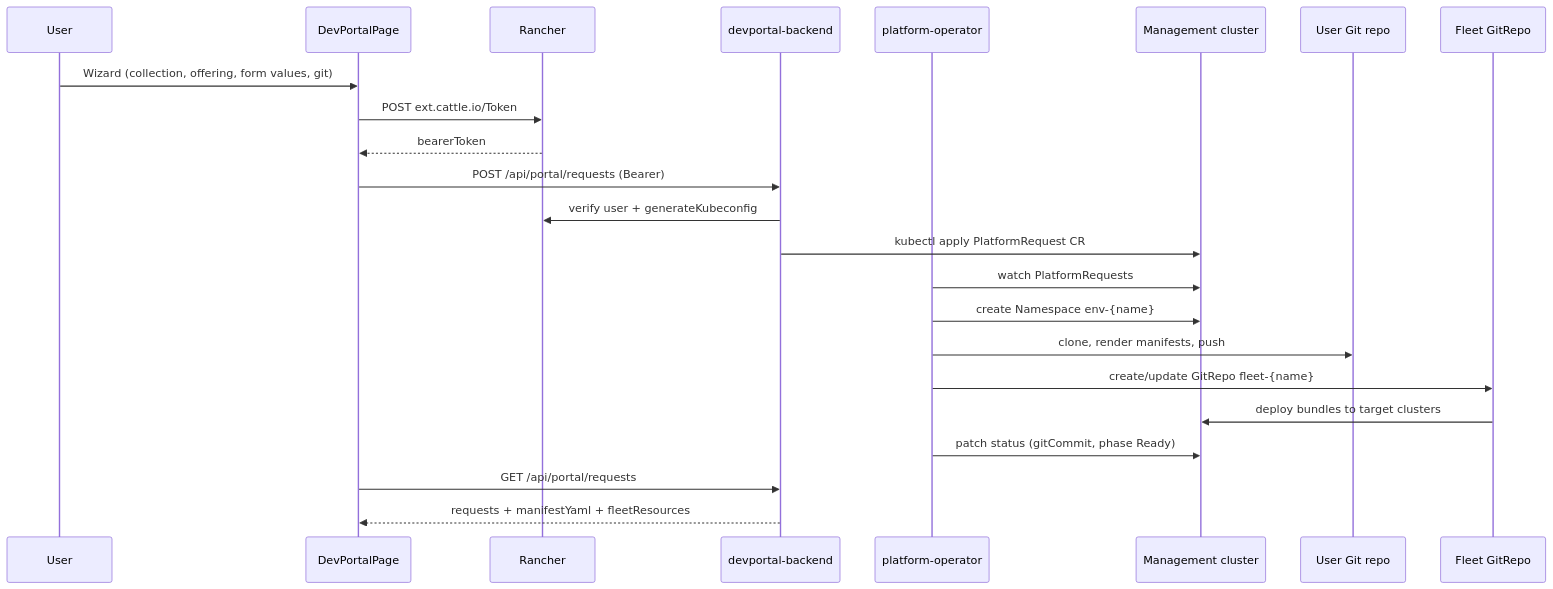
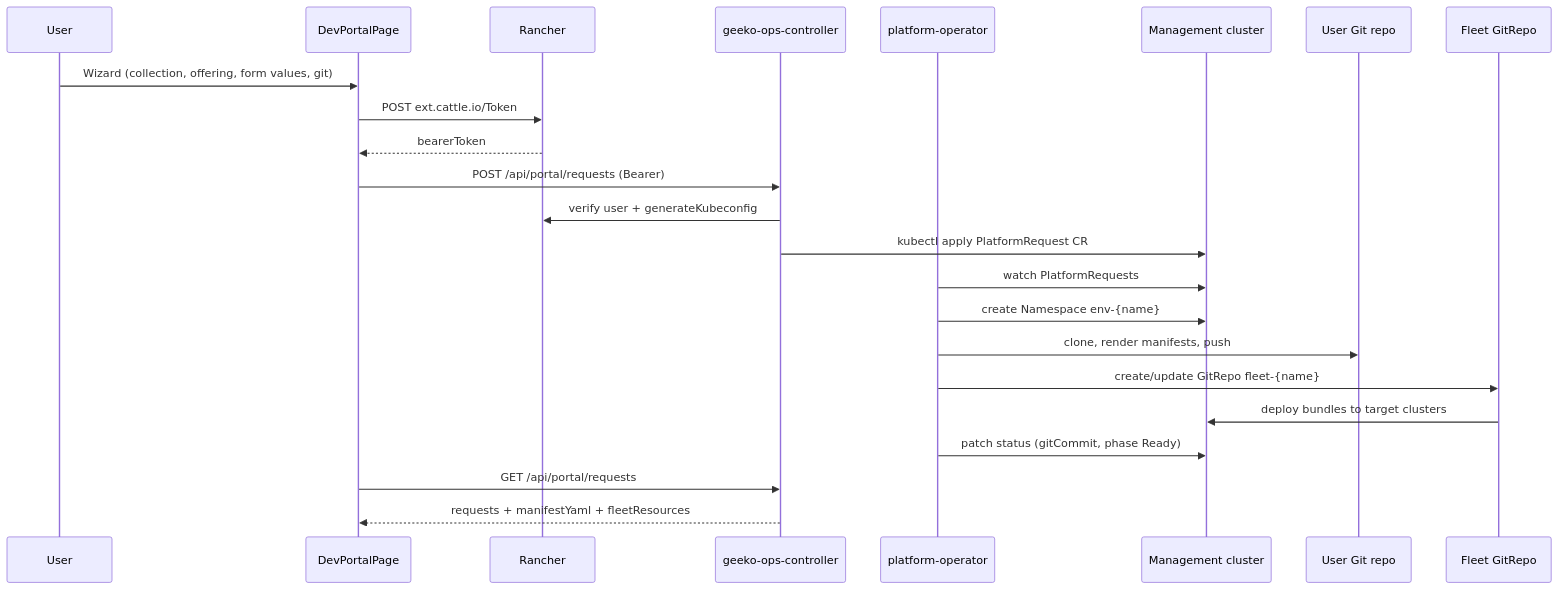
The diagram in docs/architecture.md (aeltai/rancher-devportal), drawn with Mermaid before and after one commit. The commit also changed other lines of this file and 29 other files, not shown here.

````diff
--- a/docs/architecture.md
+++ b/docs/architecture.md
@@ -5,26 +5,26 @@
 ```mermaid
 sequenceDiagram
   participant User
   participant UI as DevPortalPage
   participant Rancher
-  participant API as devportal-backend
+  participant API as geeko-ops-controller
   participant Op as platform-operator
   participant K8s as Management cluster
   participant Git as User Git repo
   participant Fleet as Fleet GitRepo
 
   User->>UI: Wizard (collection, offering, form values, git)
   UI->>Rancher: POST ext.cattle.io/Token
   Rancher-->>UI: bearerToken
   UI->>API: POST /api/portal/requests (Bearer)
   API->>Rancher: verify user + generateKubeconfig
   API->>K8s: kubectl apply PlatformRequest CR
   Op->>K8s: watch PlatformRequests
   Op->>K8s: create Namespace env-{name}
   Op->>Git: clone, render manifests, push
   Op->>Fleet: create/update GitRepo fleet-{name}
   Fleet->>K8s: deploy bundles to target clusters
   Op->>K8s: patch status (gitCommit, phase Ready)
   UI->>API: GET /api/portal/requests
   API-->>UI: requests + manifestYaml + fleetResources
 ```
````
